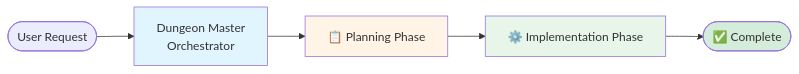
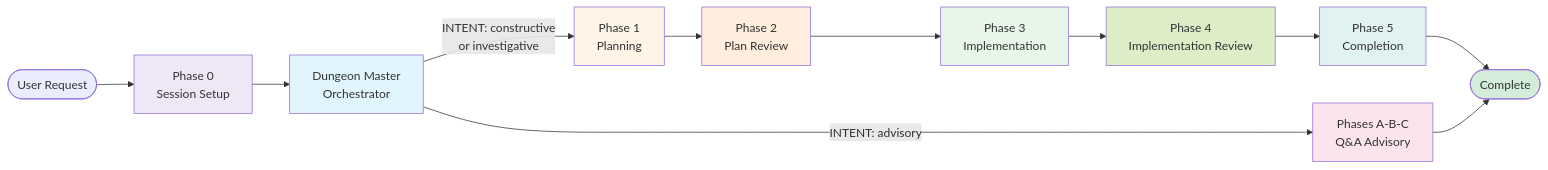
Before and after one commit to alkofu/ai-tpk: the first of 3 diagrams in docs/adrs/REVIEW_WORKFLOW.md, drawn with Mermaid. The commit also changed other lines of this file, not shown here.

First line of the commit message:
docs(adrs): update review workflow diagrams to reflect current dm orchestration (#258)

````diff
--- a/docs/adrs/REVIEW_WORKFLOW.md
+++ b/docs/adrs/REVIEW_WORKFLOW.md
@@ -30,12 +32,25 @@
 ```mermaid
 flowchart LR
-    Start([User Request]) --> DM[Dungeon Master<br/>Orchestrator]
-    DM --> Phase1[📋 Planning Phase]
-    Phase1 --> Phase2[⚙️ Implementation Phase]
-    Phase2 --> Complete([✅ Complete])
+    Request([User Request]) --> Phase0[Phase 0<br/>Session Setup]
+    Phase0 --> DM[Dungeon Master<br/>Orchestrator]
 
+    DM -->|"INTENT: constructive<br/>or investigative"| Phase1[Phase 1<br/>Planning]
+    DM -->|INTENT: advisory| AdvisoryPhases[Phases A-B-C<br/>Q&A Advisory]
+
+    Phase1 --> Phase2[Phase 2<br/>Plan Review]
+    Phase2 --> Phase3[Phase 3<br/>Implementation]
+    Phase3 --> Phase4[Phase 4<br/>Implementation Review]
+    Phase4 --> Phase5[Phase 5<br/>Completion]
+    Phase5 --> Complete([Complete])
+    AdvisoryPhases --> Complete
+
+    style Phase0 fill:#ede7f6
     style DM fill:#e1f5ff
     style Phase1 fill:#fff4e6
-    style Phase2 fill:#e8f5e9
+    style Phase2 fill:#ffeedd
+    style Phase3 fill:#e8f5e9
+    style Phase4 fill:#dcedc8
+    style Phase5 fill:#e0f2f1
+    style AdvisoryPhases fill:#fce4ec
     style Complete fill:#d4edda
 ```
````
